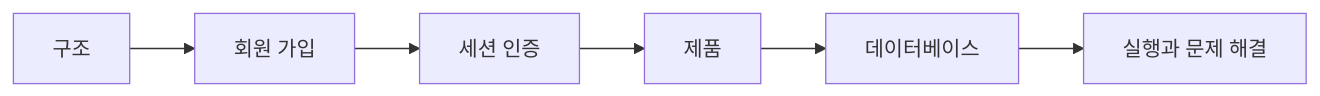
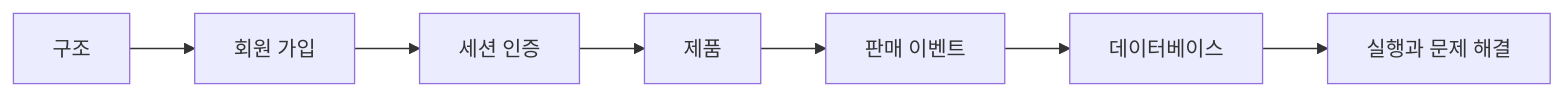
Before and after one commit to Wooyongjeong/limited-sale: the diagram in docs/wiki/README.md, drawn with Mermaid. The commit also changed other lines of this file and 12 other files, not shown here.

Commit message:
docs: document sale flows and wiki completion workflow

````diff
--- a/docs/wiki/README.md
+++ b/docs/wiki/README.md
@@ -16,8 +16,9 @@
 ```mermaid
 flowchart LR
     A[구조] --> M[회원 가입]
     M --> S[세션 인증]
     S --> P[제품]
-    P --> D[데이터베이스]
+    P --> V[판매 이벤트]
+    V --> D[데이터베이스]
     D --> O[실행과 문제 해결]
 ```
````
